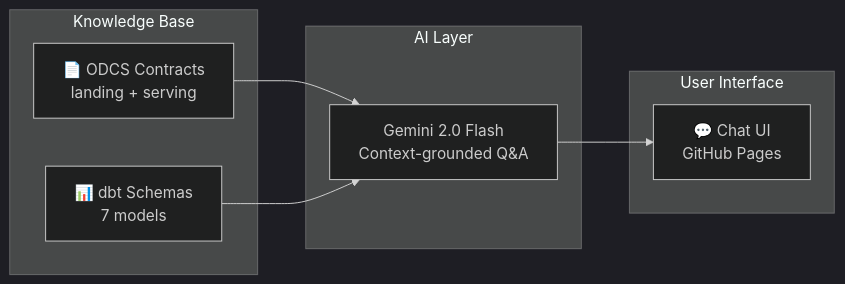
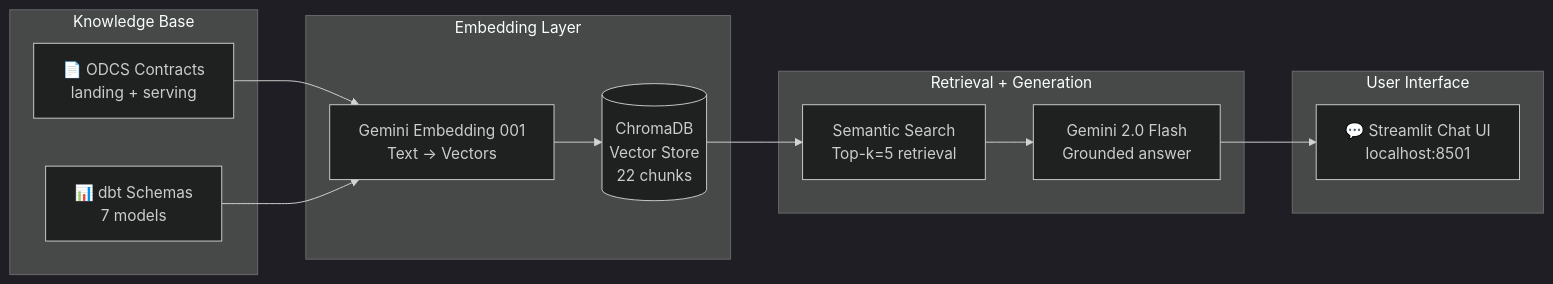
Before and after one commit to Chugh-Gourav/deftunes_data_engineering_rag_capstone: the second of 2 diagrams in README.md, drawn with Mermaid (dark theme).

Commit message:
Update RAG architecture diagram

````diff
--- a/README.md
+++ b/README.md
@@ -43,19 +43,28 @@
 ```mermaid
 flowchart LR
     subgraph "Knowledge Base"
         A[📄 ODCS Contracts<br/>landing + serving]
         B[📊 dbt Schemas<br/>7 models]
     end
     
-    subgraph "AI Layer"
-        C[Gemini 2.0 Flash<br/>Context-grounded Q&A]
+    subgraph "Embedding Layer"
+        C[Gemini Embedding 001<br/>Text → Vectors]
+        D[(ChromaDB<br/>Vector Store<br/>22 chunks)]
+    end
+    
+    subgraph "Retrieval + Generation"
+        E[Semantic Search<br/>Top-k=5 retrieval]
+        F[Gemini 2.0 Flash<br/>Grounded answer]
     end
     
     subgraph "User Interface"
-        D[💬 Chat UI<br/>GitHub Pages]
+        G[💬 Streamlit Chat UI<br/>localhost:8501]
     end
     
     A --> C
     B --> C
     C --> D
+    D --> E
+    E --> F
+    F --> G
 ```
````
